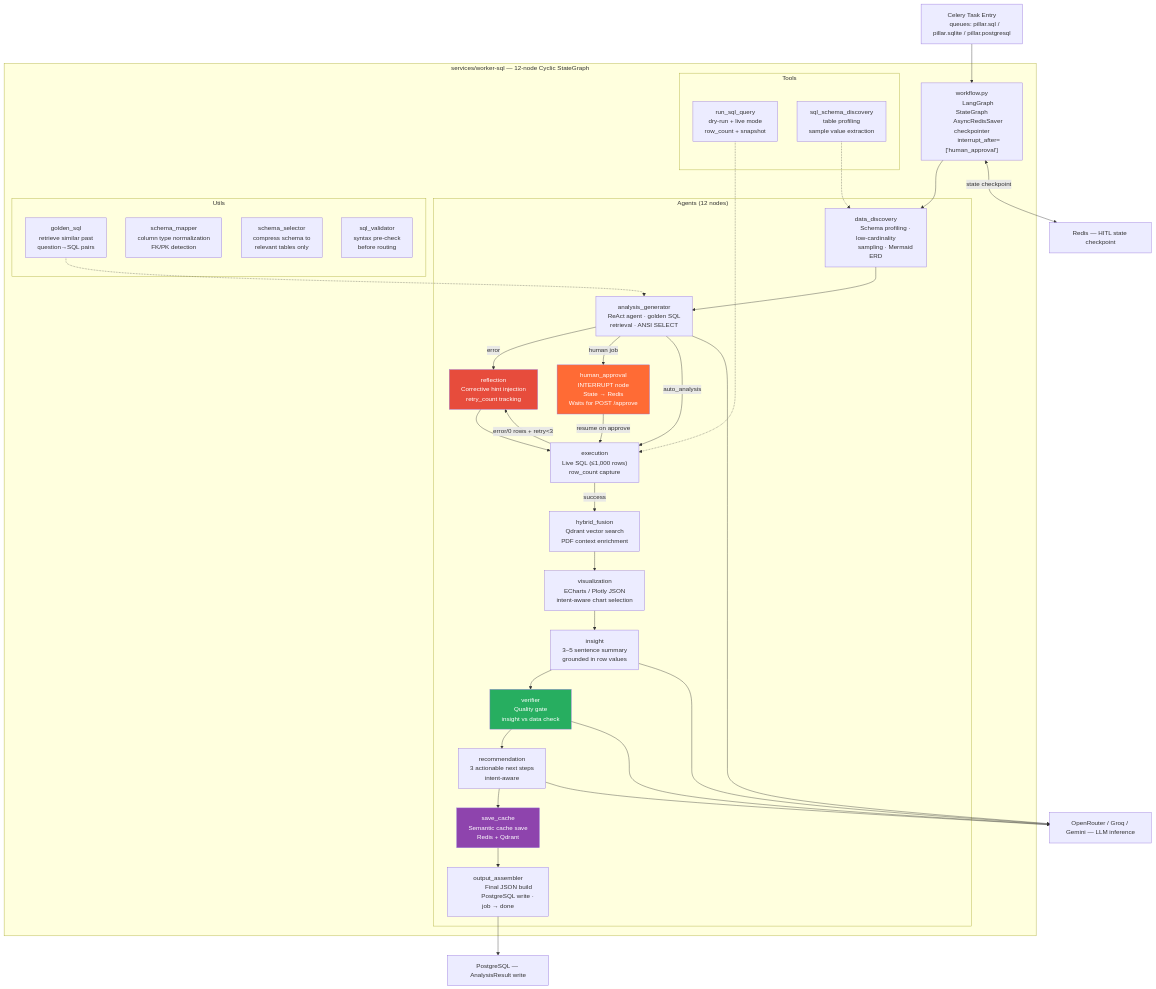
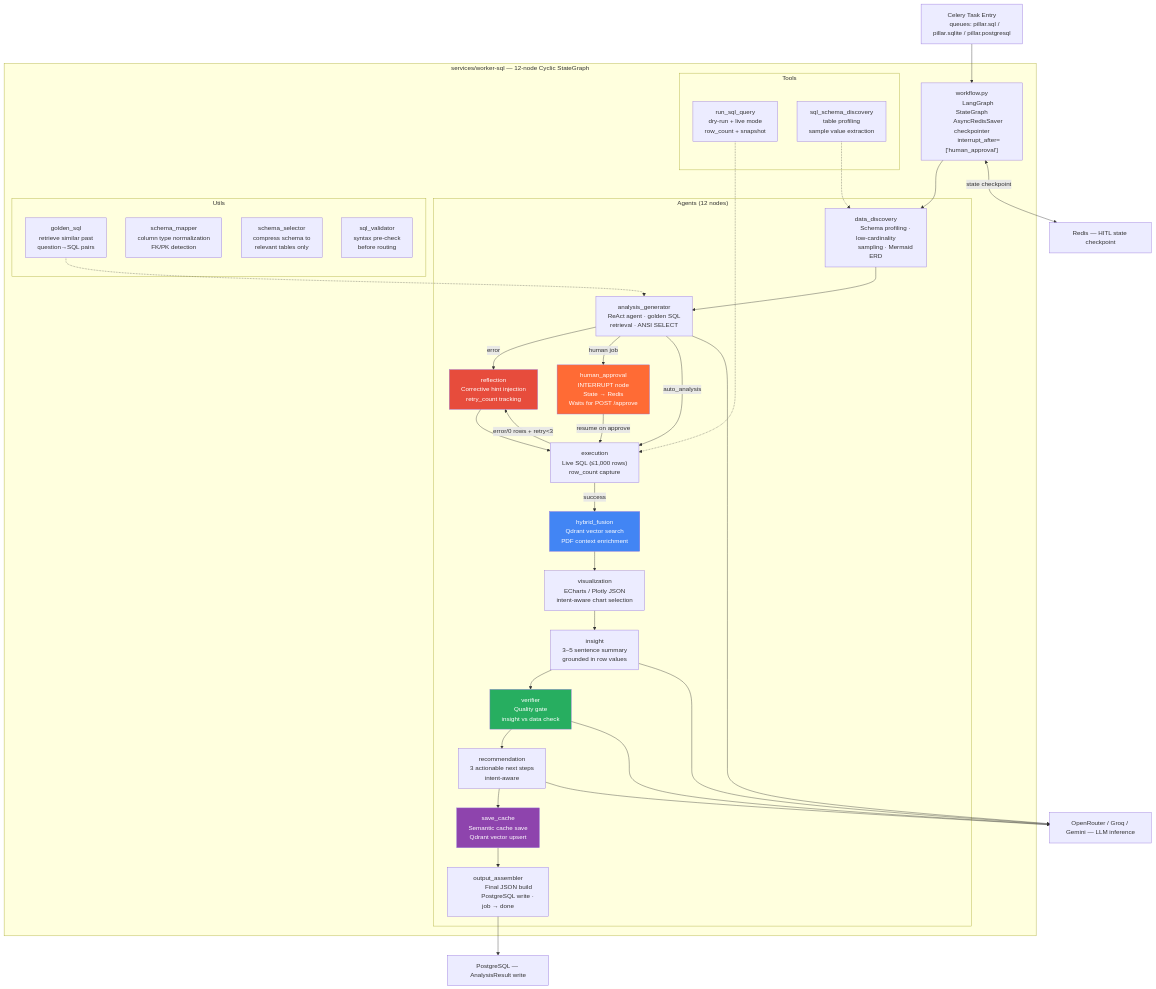
One commit to OmarAbdelhamidAly/OpenQ-Federated-Agentic-Intelligence-Platform changed the fourth of 13 diagrams in NTI_C4_DIAGRAMS.md. Above: the diagram before and after it, drawn with Mermaid. The commit also changed other lines of this file and 15 other files, not shown here.

````diff
--- a/NTI_C4_DIAGRAMS.md
+++ b/NTI_C4_DIAGRAMS.md
@@ -388,7 +457,7 @@
 
             SC["save_cache
             Semantic cache save
-            Redis + Qdrant"]
+            Qdrant vector upsert"]
 
             OA["output_assembler
             Final JSON build
@@ -449,4 +518,5 @@
     style RF fill:#E74C3C,color:#fff
     style VR fill:#27AE60,color:#fff
     style SC fill:#8E44AD,color:#fff
+    style HF fill:#4285F4,color:#fff
 ```
````
